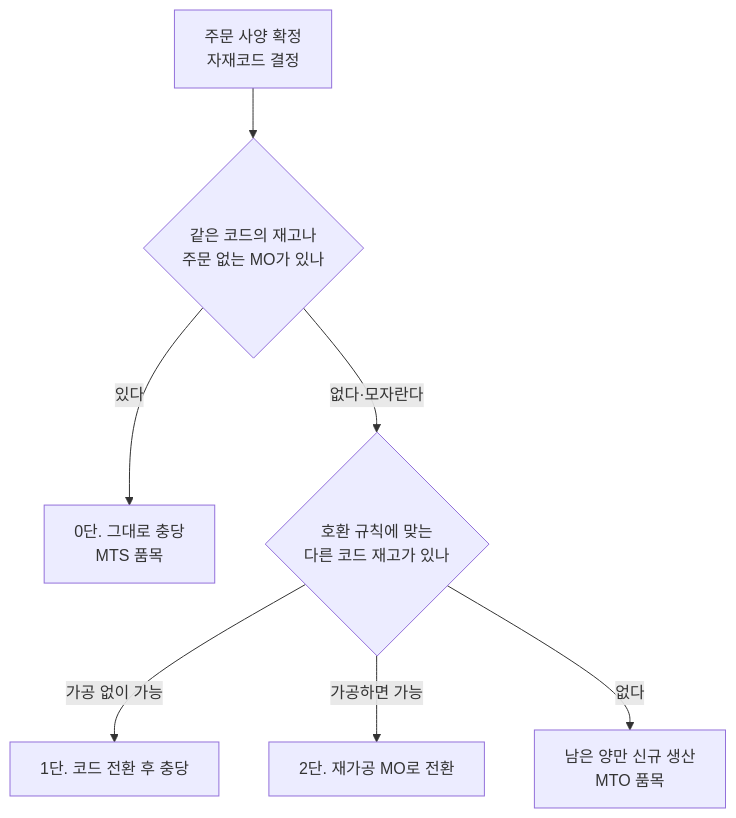
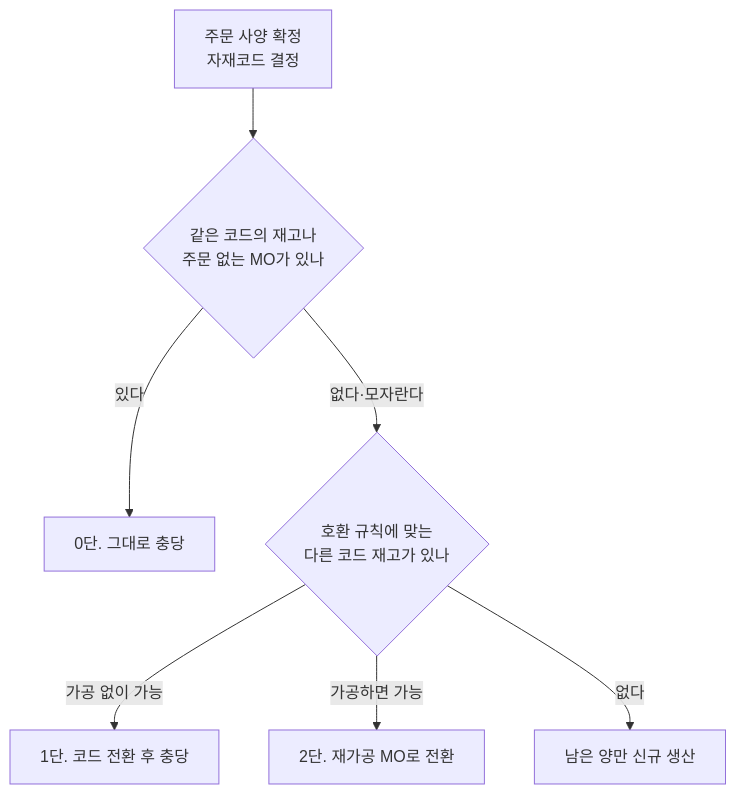
The diagram in docs/mto-mts-06-steel-practice.md (donseok/mes-to-be-doc), drawn with Mermaid before and after one commit. The commit also changed other lines of this file and 33 other files, not shown here.

First line of the commit message:
Address an external review of the MTO/MTS documents

````diff
--- a/docs/mto-mts-06-steel-practice.md
+++ b/docs/mto-mts-06-steel-practice.md
@@ -53,9 +53,9 @@
 ```mermaid
 flowchart TD
   S["주문 사양 확정<br/>자재코드 결정"] --> Q1{"같은 코드의 재고나<br/>주문 없는 MO가 있나"}
-  Q1 -->|"있다"| A1["0단. 그대로 충당<br/>MTS 품목"]
+  Q1 -->|"있다"| A1["0단. 그대로 충당"]
   Q1 -->|"없다·모자란다"| Q2{"호환 규칙에 맞는<br/>다른 코드 재고가 있나"}
   Q2 -->|"가공 없이 가능"| A2["1단. 코드 전환 후 충당"]
   Q2 -->|"가공하면 가능"| A3["2단. 재가공 MO로 전환"]
-  Q2 -->|"없다"| A4["남은 양만 신규 생산<br/>MTO 품목"]
+  Q2 -->|"없다"| A4["남은 양만 신규 생산"]
 ```
````
